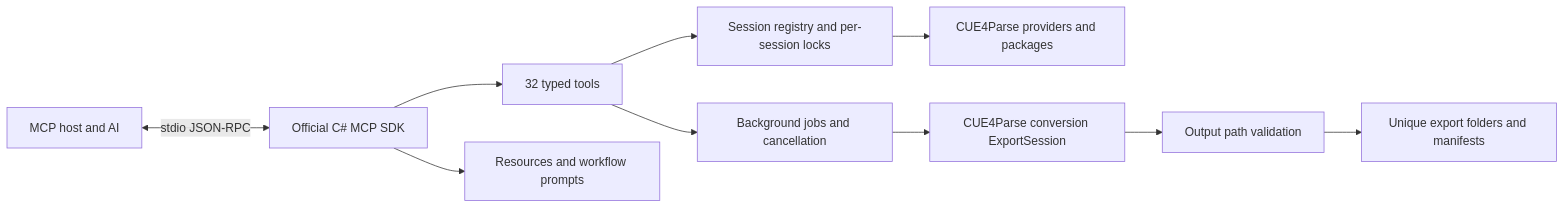
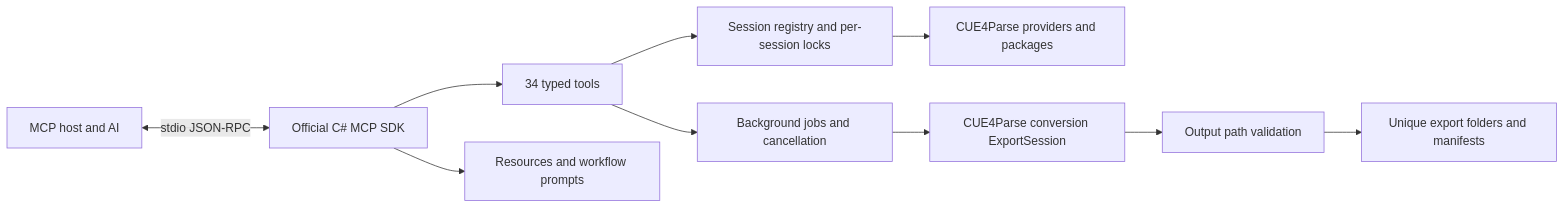
The diagram in docs/mcp-design.md (plu1337/fmodel-mcp), drawn with Mermaid before and after one commit. The commit also changed other lines of this file and 16 other files, not shown here.

````diff
--- a/docs/mcp-design.md
+++ b/docs/mcp-design.md
@@ -15,12 +15,12 @@
 ```mermaid
 flowchart LR
   AI[MCP host and AI] <-->|stdio JSON-RPC| SDK[Official C# MCP SDK]
-  SDK --> Tools[32 typed tools]
+  SDK --> Tools[34 typed tools]
   SDK --> Context[Resources and workflow prompts]
   Tools --> Sessions[Session registry and per-session locks]
   Sessions --> Parser[CUE4Parse providers and packages]
   Tools --> Jobs[Background jobs and cancellation]
   Jobs --> Exporters[CUE4Parse conversion ExportSession]
   Exporters --> Guard[Output path validation]
   Guard --> Files[Unique export folders and manifests]
 ```
````
